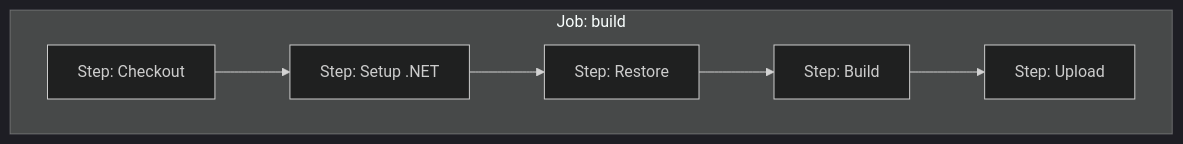
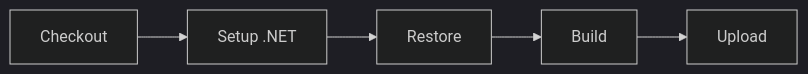
Before and after one commit to joseluisgs/TiendaDawApi-NetCore: the third of 7 diagrams in doc/28-ci-cd.md, drawn with Mermaid (dark theme). The commit also changed other lines of this file, not shown here.

````diff
--- a/doc/28-ci-cd.md
+++ b/doc/28-ci-cd.md
@@ -135,13 +122,4 @@
 ```mermaid
 flowchart LR
-    subgraph Job["Job: build"]
-        direction LR
-        S1["Step: Checkout"]
-        S2["Step: Setup .NET"]
-        S3["Step: Restore"]
-        S4["Step: Build"]
-        S5["Step: Upload"]
-        
-        S1 --> S2 --> S3 --> S4 --> S5
-    end
+    Step1[Checkout] --> Step2[Setup .NET] --> Step3[Restore] --> Step4[Build] --> Step5[Upload]
 ```
````
